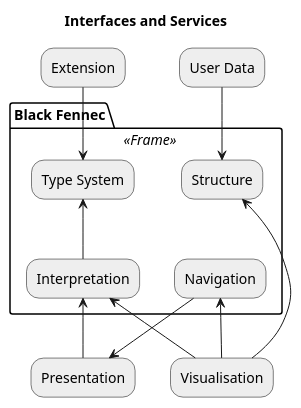
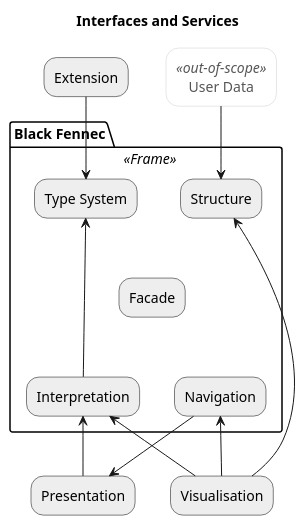
Before and after one commit to blackfennec-org/blackfennec: the second of 2 diagrams in docs/source/software_documentation/architecture/index.rst, drawn with PlantUML. The commit also changed other lines of this file and 1 other file, not shown here.

```diff
--- a/docs/source/software_documentation/architecture/index.rst
+++ b/docs/source/software_documentation/architecture/index.rst
@@ -44,40 +48,51 @@
 .. uml::
     
     @startuml
 
     skinparam rectangle {
         BackgroundColor #EEE
         ArrowColor Black
         BorderColor Black
         roundCorner 25
     }
 
+    skinparam rectangle<<out-of-scope>> {
+        BorderColor #CCC
+        BackgroundColor #FFF
+        FontColor #555
+    }
+
     title Interfaces and Services
 
 
 
     package "Black Fennec" <<Frame>> {
         rectangle Navigation
         rectangle Interpretation
         rectangle Structure
+        rectangle Facade
         rectangle "Type System" as TS
 
         Interpretation     -up->           TS
-        Structure       -[hidden]->     Navigation
+        Structure          -[hidden]->     Navigation
+        Facade             -[hidden]down-> Navigation
+        Facade             -[hidden]down-> Interpretation
+        Facade             -[hidden]up->   Structure
+        Facade             -[hidden]up->   TS
     }
 
 
     rectangle Presentation
     rectangle Visualisation
     rectangle Extension
-    rectangle "User Data" as UA
+    rectangle "User Data" as UA <<out-of-scope>>
 
     Presentation       -up->       Interpretation
     Navigation      -->         Presentation
     Visualisation   -up->       Navigation
     Visualisation   -up->       Interpretation
     Extension       -->         TS
     UA              -->         Structure
     Visualisation   -->         Structure
 
     @enduml
```
